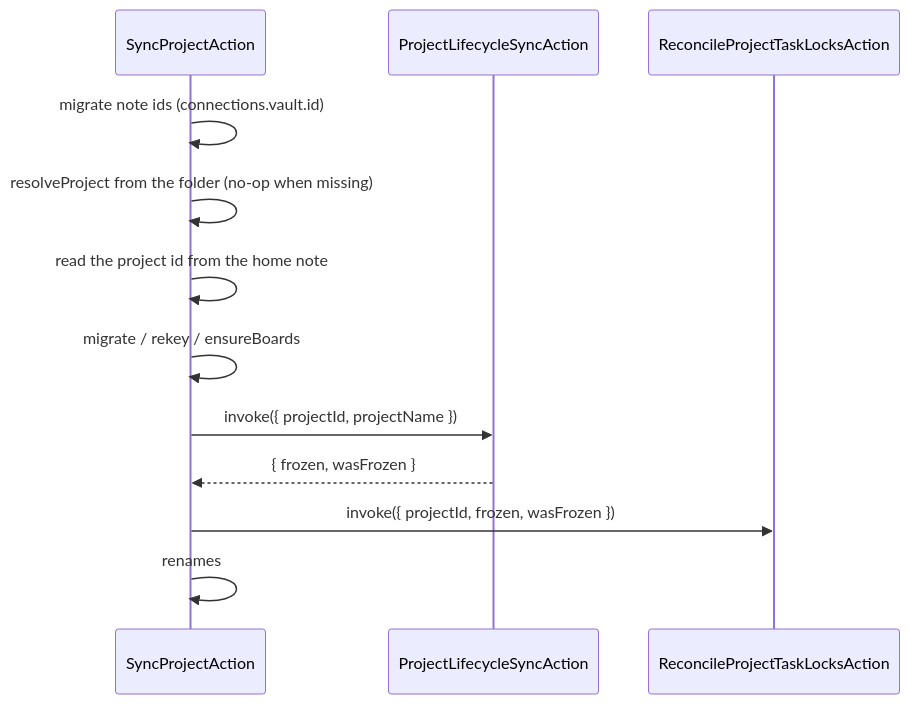
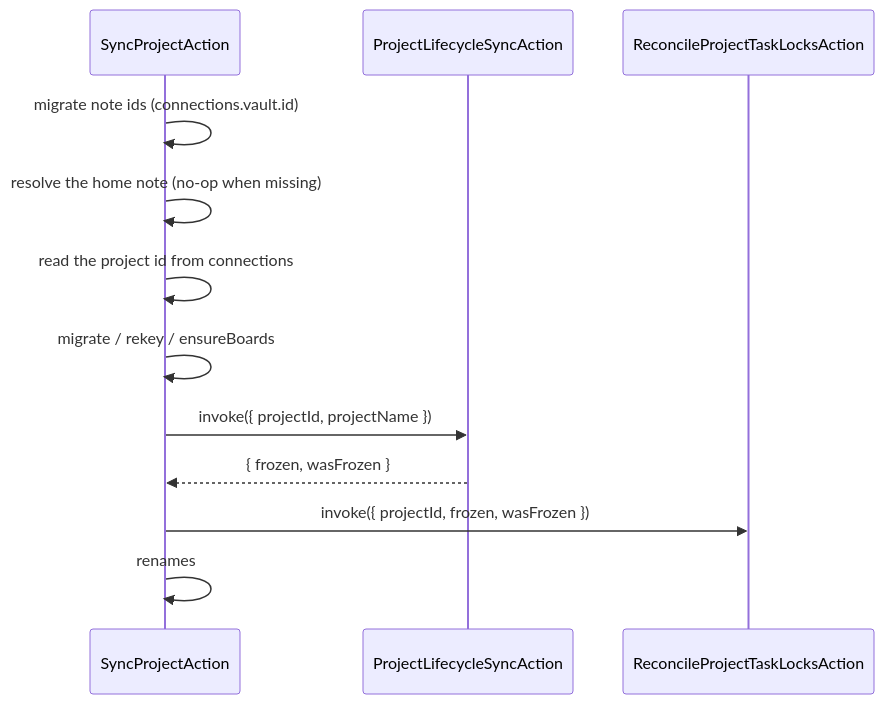
One commit to 99linesofcode/obsidian-project-management changed the second of 16 diagrams in docs/developer-manual.md. Above: the diagram before and after it, drawn with Mermaid. The commit also changed other lines of this file and 5 other files, not shown here.

First line of the commit message:
fix(identity): resolve the project id from the home note, not any root note

````diff
--- a/docs/developer-manual.md
+++ b/docs/developer-manual.md
@@ -208,15 +209,15 @@
 ```mermaid
 sequenceDiagram
   participant SP as SyncProjectAction
   participant Life as ProjectLifecycleSyncAction
   participant Lock as ReconcileProjectTaskLocksAction
 
   SP->>SP: migrate note ids (connections.vault.id)
-  SP->>SP: resolveProject from the folder (no-op when missing)
-  SP->>SP: read the project id from the home note
+  SP->>SP: resolve the home note (no-op when missing)
+  SP->>SP: read the project id from connections
   SP->>SP: migrate / rekey / ensureBoards
   SP->>Life: invoke({ projectId, projectName })
   Life-->>SP: { frozen, wasFrozen }
   SP->>Lock: invoke({ projectId, frozen, wasFrozen })
   SP->>SP: renames
 ```
````
